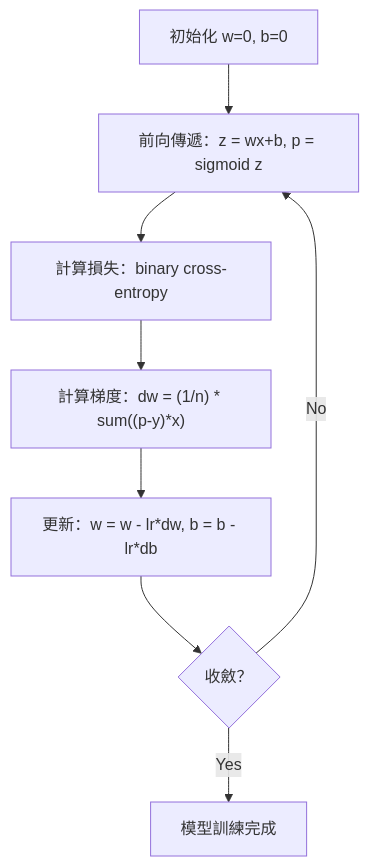
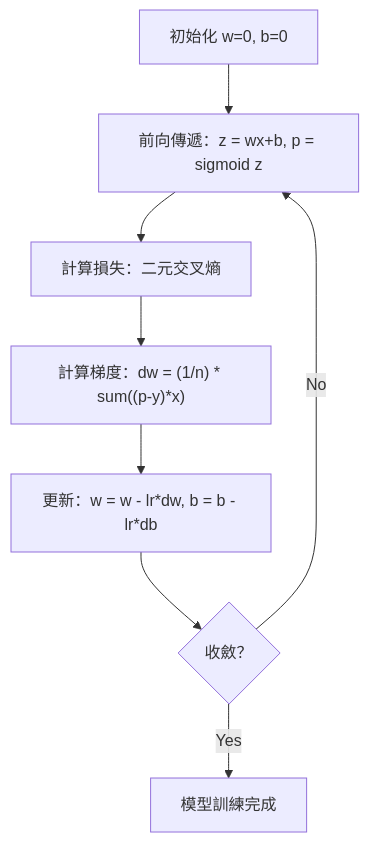
Before and after one commit to edward821220/ai-engineering-from-scratch: the second of 2 diagrams in i18n/zh-TW/phases/02-ml-fundamentals/03-logistic-regression/docs/zh-TW.md, drawn with Mermaid. The commit also changed 123 other files, not shown here.

````diff
--- a/i18n/zh-TW/phases/02-ml-fundamentals/03-logistic-regression/docs/zh-TW.md
+++ b/i18n/zh-TW/phases/02-ml-fundamentals/03-logistic-regression/docs/zh-TW.md
@@ -102,10 +102,10 @@
 ```mermaid
 flowchart TD
     A[初始化 w=0, b=0] --> B[前向傳遞：z = wx+b, p = sigmoid z]
-    B --> C[計算損失：binary cross-entropy]
+    B --> C[計算損失：二元交叉熵]
     C --> D["計算梯度：dw = (1/n) * sum((p-y)*x)"]
     D --> E[更新：w = w - lr*dw, b = b - lr*db]
     E --> F{收斂？}
     F -->|No| B
     F -->|Yes| G[模型訓練完成]
 ```
````
